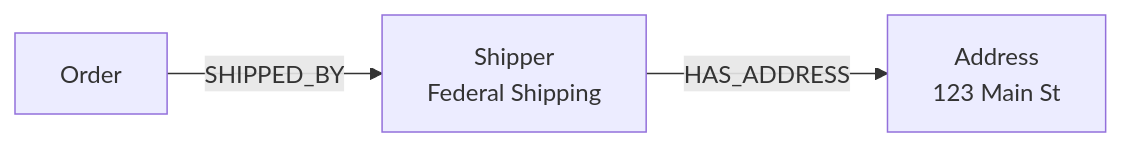
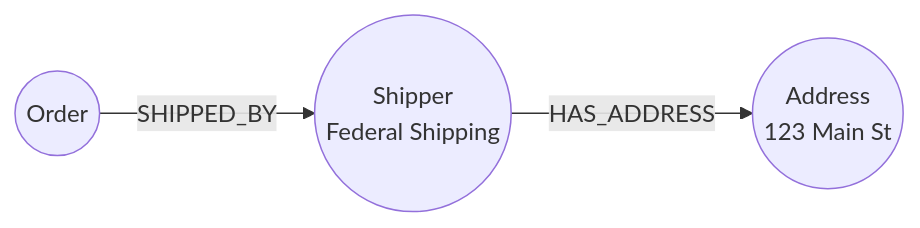
Before and after one commit to neo4j-graphacademy/courses: diagram 12 of 13 in asciidoc/courses/workshop-importing/modules/2-data-modeling/lessons/7-refactoring/lesson.adoc, drawn with Mermaid. The commit also changed other lines of this file and 15 other files, not shown here.

````diff
--- a/asciidoc/courses/workshop-importing/modules/2-data-modeling/lessons/7-refactoring/lesson.adoc
+++ b/asciidoc/courses/workshop-importing/modules/2-data-modeling/lessons/7-refactoring/lesson.adoc
@@ -247,5 +247,5 @@
 ```mermaid
 graph LR
-    A[Order] -->|SHIPPED_BY| B[Shipper<br/>Federal Shipping]
-    B -->|HAS_ADDRESS| C[Address<br/>123 Main St]
+    A((Order)) -->|SHIPPED_BY| B((Shipper<br/>Federal Shipping))
+    B -->|HAS_ADDRESS| C((Address<br/>123 Main St))
 ```
````
